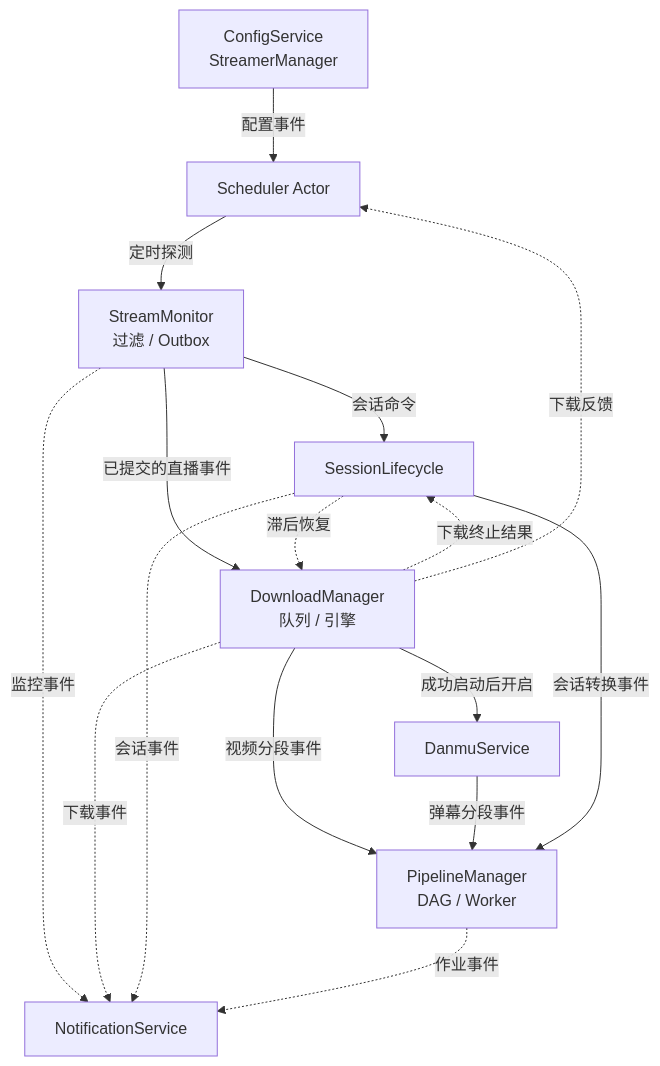
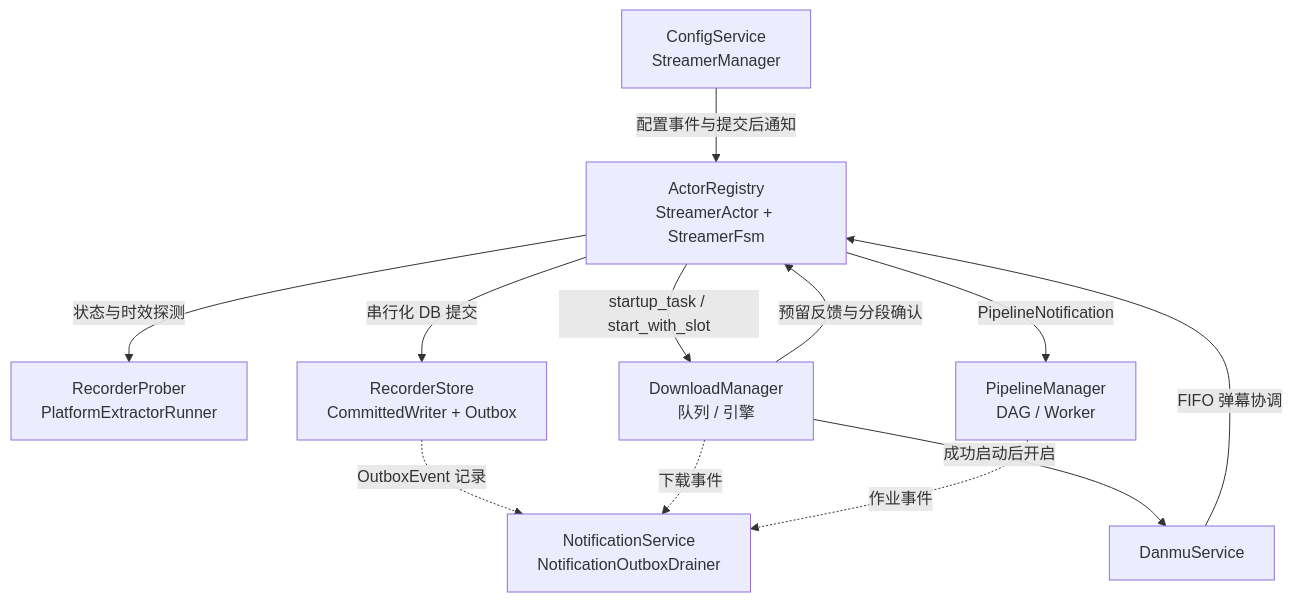
Before and after one commit to hua0512/rust-srec: the second of 4 diagrams in rust-srec/docs/zh/development/architecture.md, drawn with Mermaid. The commit also changed other lines of this file and 38 other files, not shown here.

First line of the commit message:
refactor(recorder,docs): remove unused MonitorEvent and clean up legacy references

````diff
--- a/rust-srec/docs/zh/development/architecture.md
+++ b/rust-srec/docs/zh/development/architecture.md
@@ -40,28 +48,24 @@
 ```mermaid
 flowchart TB
   CFG["ConfigService<br/>StreamerManager"]
-  SCH["Scheduler Actor"]
-  MON["StreamMonitor<br/>过滤 / Outbox"]
-  SESS["SessionLifecycle"]
+  REG["ActorRegistry<br/>StreamerActor + StreamerFsm"]
+  PRB["RecorderProber<br/>PlatformExtractorRunner"]
+  STO["RecorderStore<br/>CommittedWriter + Outbox"]
   DL["DownloadManager<br/>队列 / 引擎"]
   DM["DanmuService"]
   PL["PipelineManager<br/>DAG / Worker"]
-  NOTI["NotificationService"]
+  NOTI["NotificationService<br/>NotificationOutboxDrainer"]
 
-  CFG -->|"配置事件"| SCH
-  SCH -->|"定时探测"| MON
-  MON -->|"会话命令"| SESS
-  MON -->|"已提交的直播事件"| DL
+  CFG -->|"配置事件与提交后通知"| REG
+  REG -->|"状态与时效探测"| PRB
+  REG -->|"串行化 DB 提交"| STO
+  STO -.->|"OutboxEvent 记录"| NOTI
+  REG -->|"startup_task / start_with_slot"| DL
   DL -->|"成功启动后开启"| DM
-  DL -->|"视频分段事件"| PL
-  DM -->|"弹幕分段事件"| PL
-  SESS -->|"会话转换事件"| PL
-  SESS -.->|"滞后恢复"| DL
-  DL -.->|"下载终止结果"| SESS
-  DL -.->|"下载反馈"| SCH
+  DL -->|"预留反馈与分段确认"| REG
+  DM -->|"FIFO 弹幕协调"| REG
+  REG -->|"PipelineNotification"| PL
 
-  MON -.->|"监控事件"| NOTI
   DL -.->|"下载事件"| NOTI
-  SESS -.->|"会话事件"| NOTI
   PL -.->|"作业事件"| NOTI
 ```
````
